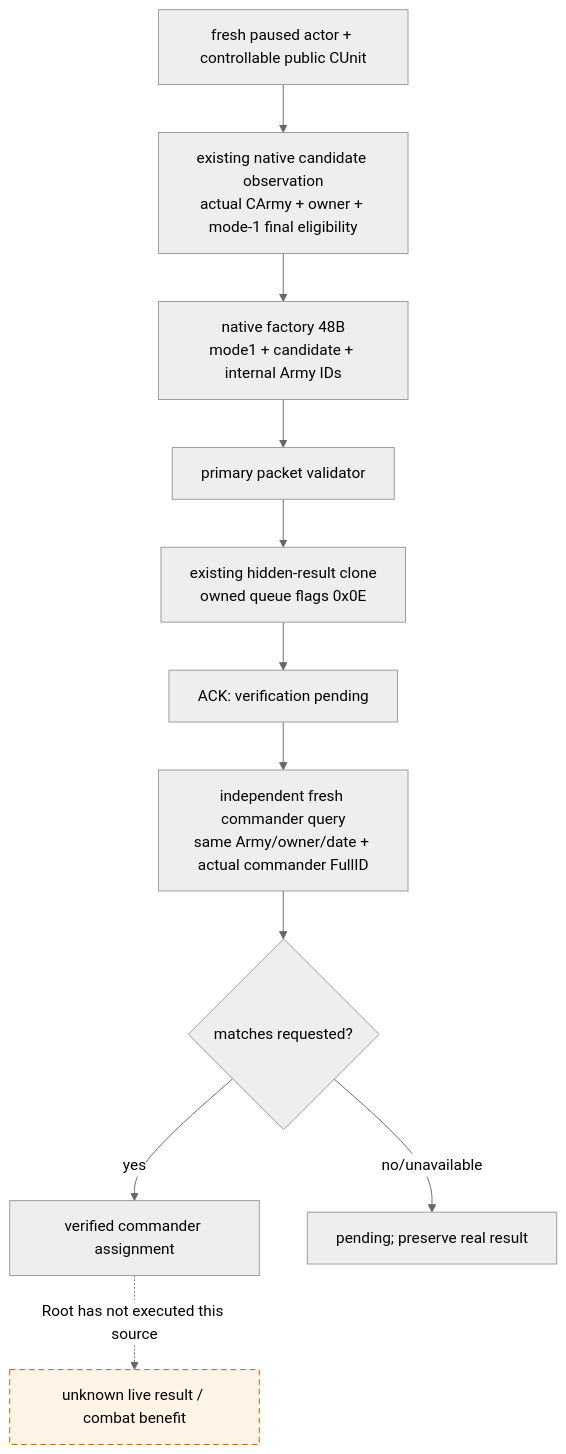
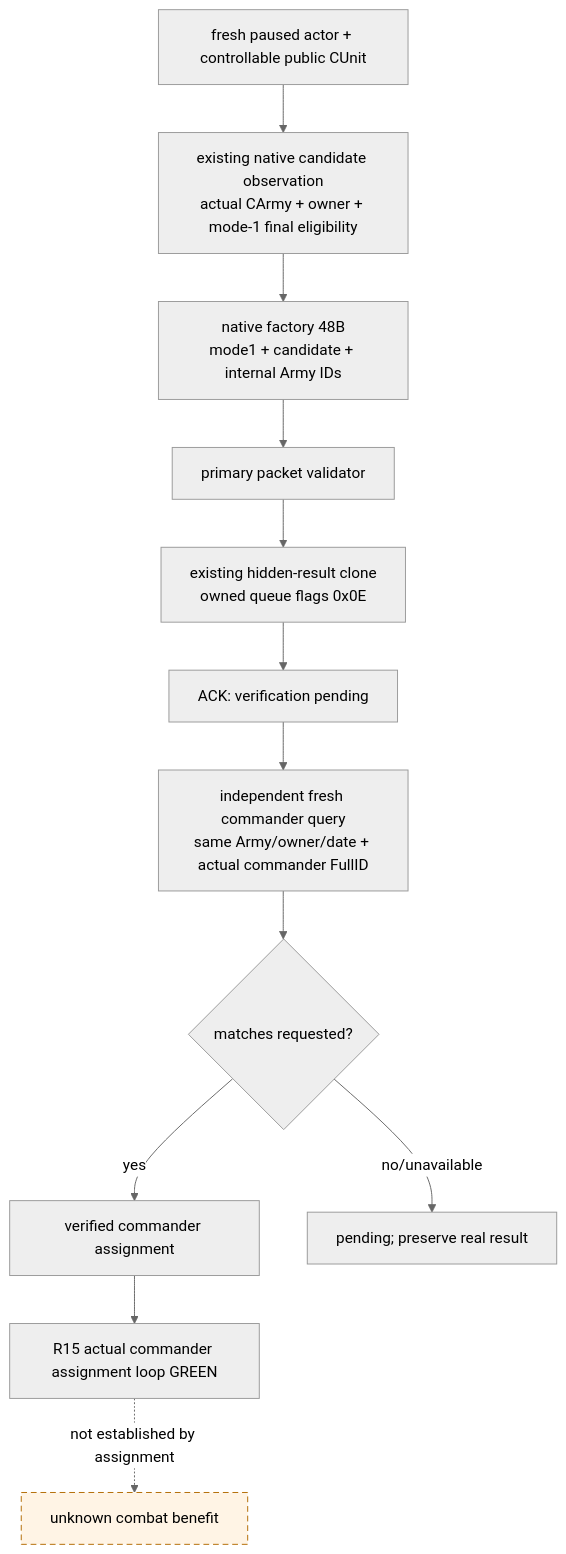
The diagram in docs/ck3-native-ai/army-commander-assignment-provider-12003.md (XenoAmess/ck3_eternal_recurrence), drawn with Mermaid (neutral theme) before and after one commit. The commit also changed other lines of this file and 16 other files, not shown here.

````diff
--- a/docs/ck3-native-ai/army-commander-assignment-provider-12003.md
+++ b/docs/ck3-native-ai/army-commander-assignment-provider-12003.md
@@ -19,15 +21,16 @@
 ```mermaid
 flowchart TD
     A["fresh paused actor + controllable public CUnit"] --> C["existing native candidate observation\nactual CArmy + owner + mode-1 final eligibility"]
     C --> F["native factory 48B\nmode1 + candidate + internal Army IDs"]
     F --> V["primary packet validator"]
     V --> Q["existing hidden-result clone\nowned queue flags 0x0E"]
     Q --> P["ACK: verification pending"]
     P --> R["independent fresh commander query\nsame Army/owner/date + actual commander FullID"]
     R --> M{matches requested?}
     M -->|yes| O["verified commander assignment"]
     M -->|no/unavailable| U["pending; preserve real result"]
-    O -. "Root has not executed this source" .-> L["unknown live result / combat benefit"]
+    O --> L["R15 actual commander assignment loop GREEN"]
+    L -. "not established by assignment" .-> B["unknown combat benefit"]
     classDef unknown stroke-dasharray: 6 4,fill:#fff4e5,stroke:#b36b00;
-    class L unknown;
+    class B unknown;
 ```
````
